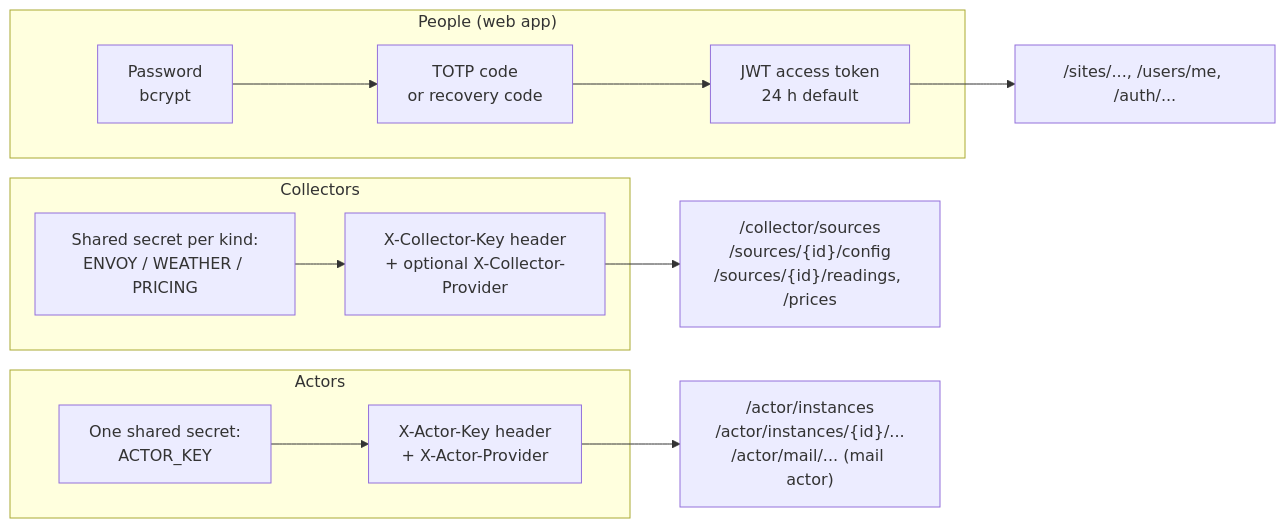
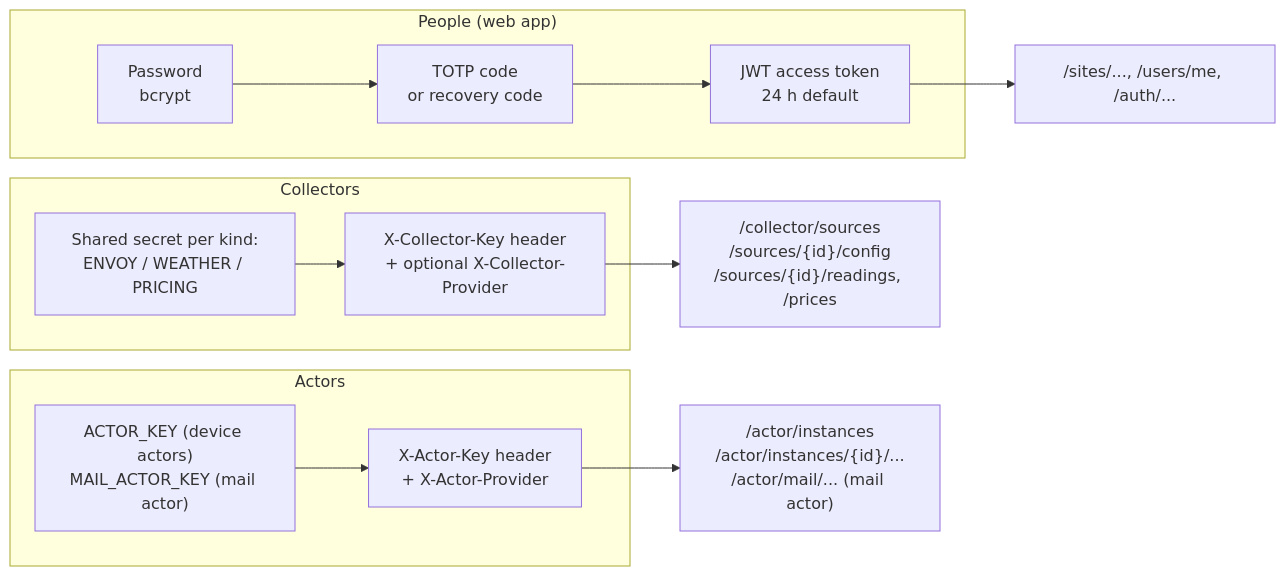
The third of 3 diagrams in docs/architecture.md (sschwetz/wattwise), drawn with Mermaid before and after one commit. The commit also changed other lines of this file and 29 other files, not shown here.

First line of the commit message:
feat(deploy): give the mail actor its own key

````diff
--- a/docs/architecture.md
+++ b/docs/architecture.md
@@ -95,15 +95,15 @@
 ```mermaid
 flowchart LR
     subgraph People["People (web app)"]
         P1["Password<br/>bcrypt"] --> P2["TOTP code<br/>or recovery code"] --> P3["JWT access token<br/>24 h default"]
     end
     subgraph Machines["Collectors"]
         M1["Shared secret per kind:<br/>ENVOY / WEATHER / PRICING"] --> M2["X-Collector-Key header<br/>+ optional X-Collector-Provider"]
     end
     subgraph Actors["Actors"]
-        A1["One shared secret:<br/>ACTOR_KEY"] --> A2["X-Actor-Key header<br/>+ X-Actor-Provider"]
+        A1["ACTOR_KEY (device actors)<br/>MAIL_ACTOR_KEY (mail actor)"] --> A2["X-Actor-Key header<br/>+ X-Actor-Provider"]
     end
     P3 --> U["/sites/..., /users/me, /auth/..."]
     M2 --> C["/collector/sources<br/>/sources/{id}/config<br/>/sources/{id}/readings, /prices"]
     A2 --> D["/actor/instances<br/>/actor/instances/{id}/...<br/>/actor/mail/... (mail actor)"]
 ```
````
